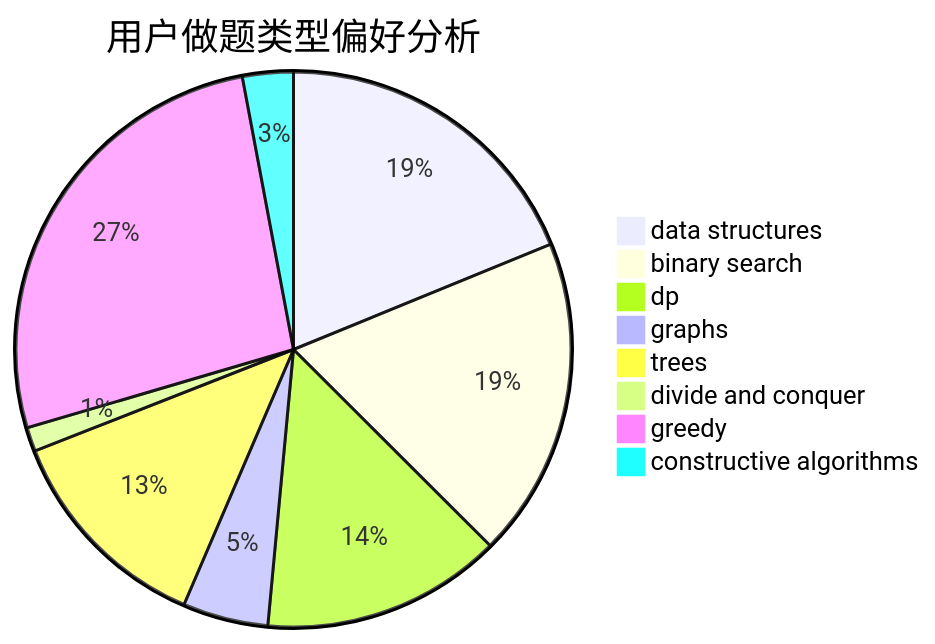
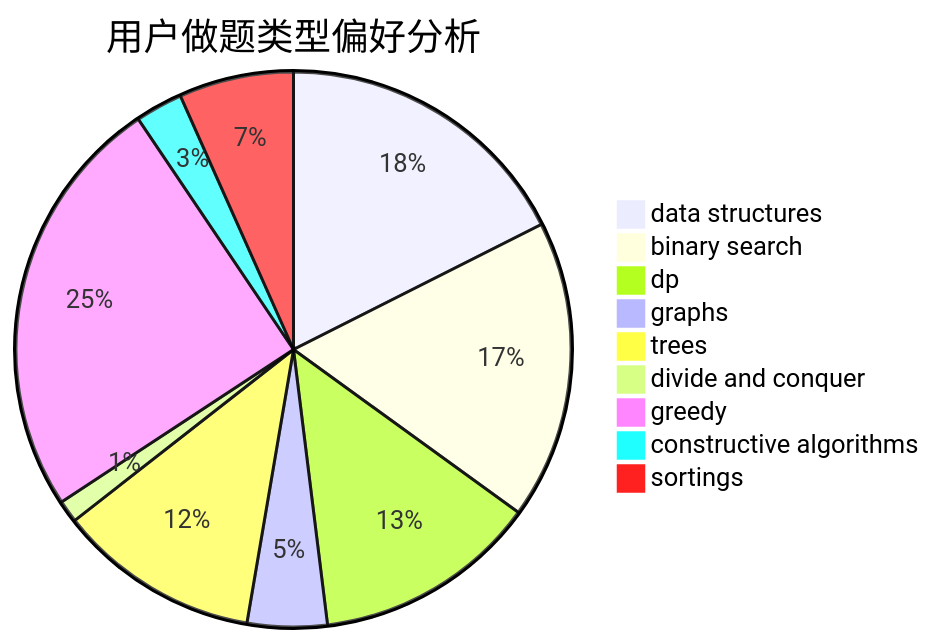
One commit to sherpahu/cfrs.github.io changed the second of 3 diagrams in docs/user/u516.md. Above: the diagram before and after it, drawn with Mermaid. The commit also changed other lines of this file and 2769 other files, not shown here.

````diff
--- a/docs/user/u516.md
+++ b/docs/user/u516.md
@@ -23,11 +18,12 @@
 ```mermaid
 pie title 用户做题类型偏好分析
     "data structures" :  121
     "binary search" :  120
     "dp" :  90
     "graphs" :  32
     "trees" :  81
     "divide and conquer" :  9
     "greedy" :  171
     "constructive algorithms" :  19
+    "sortings" :  46
 ```
````
